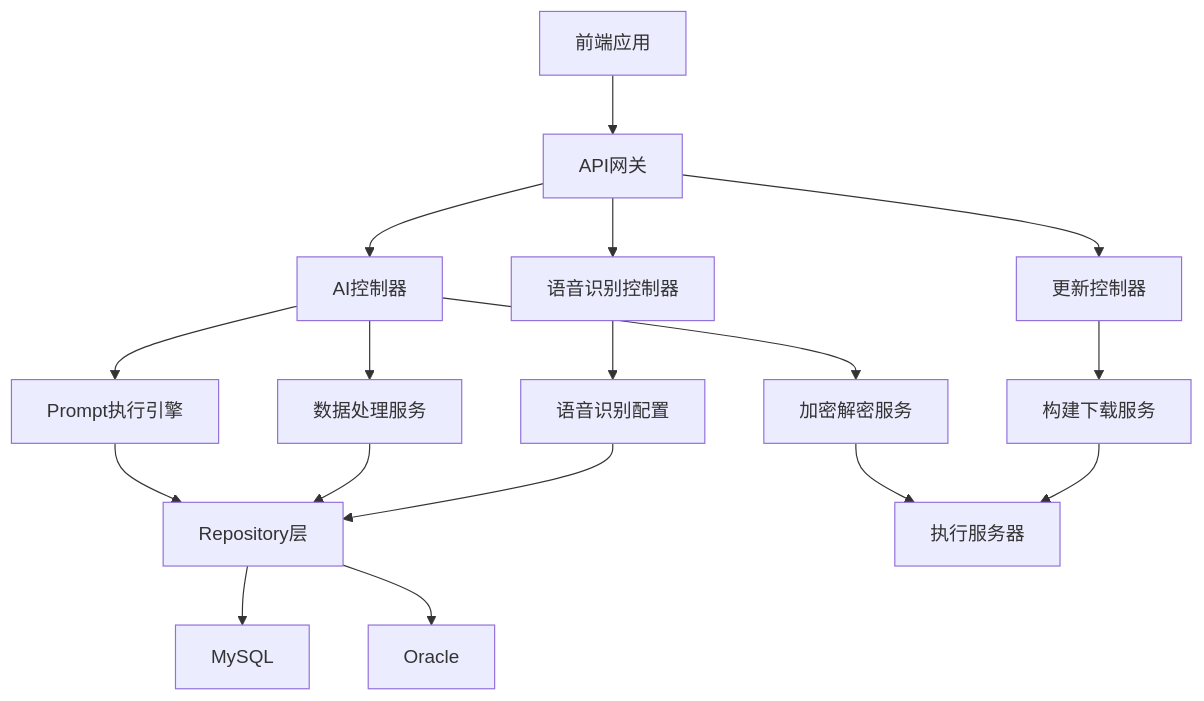
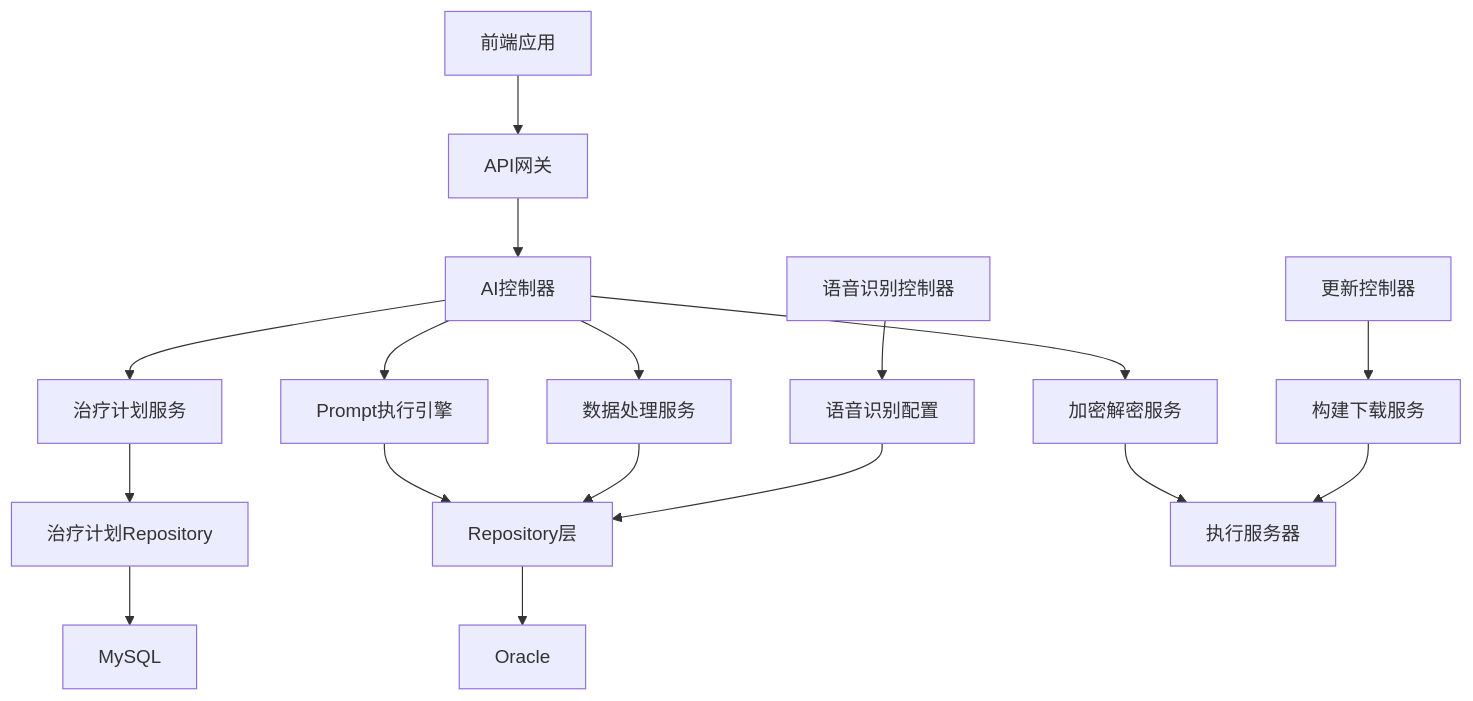
The first of 12 diagrams in .qoder/repowiki/zh/content/核心功能模块/核心功能模块.md (liuzh2008/med_ai_assistant_workspace), drawn with Mermaid before and after one commit. The commit also changed other lines of this file and 6 other files, not shown here.

````diff
--- a/.qoder/repowiki/zh/content/核心功能模块/核心功能模块.md
+++ b/.qoder/repowiki/zh/content/核心功能模块/核心功能模块.md
@@ -60,19 +71,19 @@
 ```mermaid
 graph TB
 FE["前端应用"] --> GW["API网关"]
 GW --> CTRL_AI["AI控制器"]
-GW --> CTRL_VOICE["语音识别控制器"]
-GW --> CTRL_UPDATE["更新控制器"]
+CTRL_AI --> SVC_TREATMENT["治疗计划服务"]
 CTRL_AI --> SVC_PROMPT["Prompt执行引擎"]
 CTRL_AI --> SVC_DATA["数据处理服务"]
 CTRL_AI --> SVC_ENCRYPT["加密解密服务"]
-CTRL_VOICE --> SVC_VOICE_CONFIG["语音识别配置"]
-CTRL_UPDATE --> SVC_DOWNLOAD["构建下载服务"]
+CTRL_VOICE["语音识别控制器"] --> SVC_VOICE_CONFIG["语音识别配置"]
+CTRL_UPDATE["更新控制器"] --> SVC_DOWNLOAD["构建下载服务"]
+SVC_TREATMENT --> REPO_TREATMENT["治疗计划Repository"]
 SVC_PROMPT --> REPO["Repository层"]
 SVC_DATA --> REPO
 SVC_ENCRYPT --> EXEC["执行服务器"]
 SVC_VOICE_CONFIG --> REPO
 SVC_DOWNLOAD --> EXEC
-REPO --> DB_MY["MySQL"]
+REPO_TREATMENT --> DB_MY["MySQL"]
 REPO --> DB_ORA["Oracle"]
 ```
````
